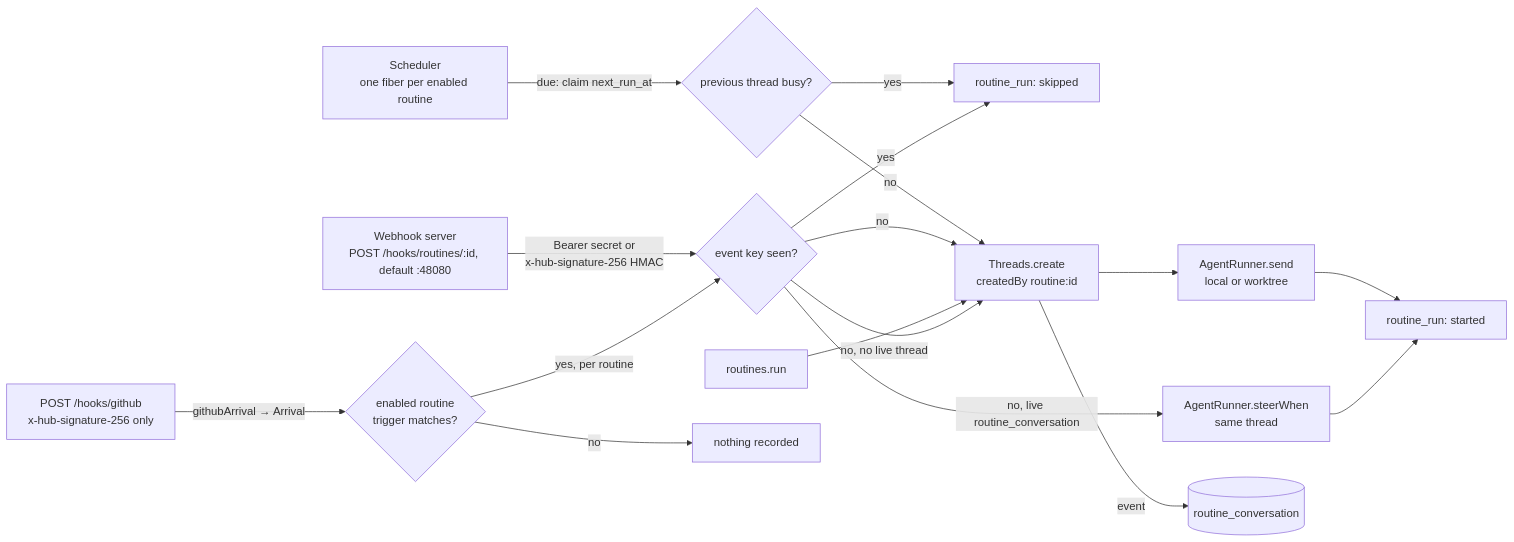
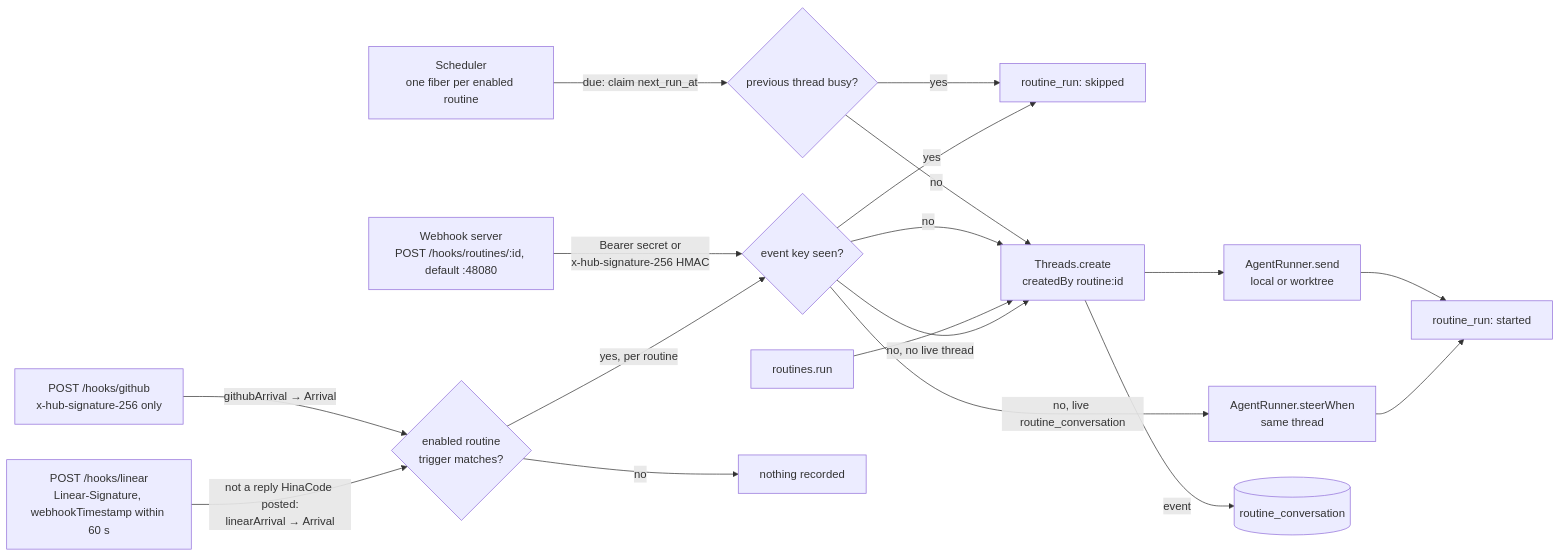
One commit to hinadev-ai/hinacode changed diagram 18 of 19 in docs/arch.md. Above: the diagram before and after it, drawn with Mermaid. The commit also changed other lines of this file and 1 other file, not shown here.

Commit message:
docs(routines): design the Linear trigger source

````diff
--- a/docs/arch.md
+++ b/docs/arch.md
@@ -753,17 +753,18 @@
 ```mermaid
 flowchart LR
   sched["Scheduler<br/>one fiber per enabled routine"] -- "due: claim next_run_at" --> busy{"previous thread busy?"}
   busy -- yes --> skipped["routine_run: skipped"]
   busy -- no --> start
   wh["Webhook server<br/>POST /hooks/routines/:id, default :48080"] -- "Bearer secret or<br/>x-hub-signature-256 HMAC" --> dedup{"event key seen?"}
   dedup -- yes --> skipped
   dedup -- no --> start
   manual["routines.run"] --> start
   start["Threads.create<br/>createdBy routine:id"] --> send["AgentRunner.send<br/>local or worktree"] --> started["routine_run: started"]
   gh["POST /hooks/github<br/>x-hub-signature-256 only"] -- "githubArrival → Arrival" --> match{"enabled routine<br/>trigger matches?"}
+  lin["POST /hooks/linear<br/>Linear-Signature, webhookTimestamp within 60 s"] -- "not a reply HinaCode posted:<br/>linearArrival → Arrival" --> match
   match -- "no" --> nothing["nothing recorded"]
   match -- "yes, per routine" --> dedup
   dedup -- "no, live routine_conversation" --> steer["AgentRunner.steerWhen<br/>same thread"] --> started
   dedup -- "no, no live thread" --> start
   start -- "event" --> conversation[("routine_conversation")]
 ```
````
